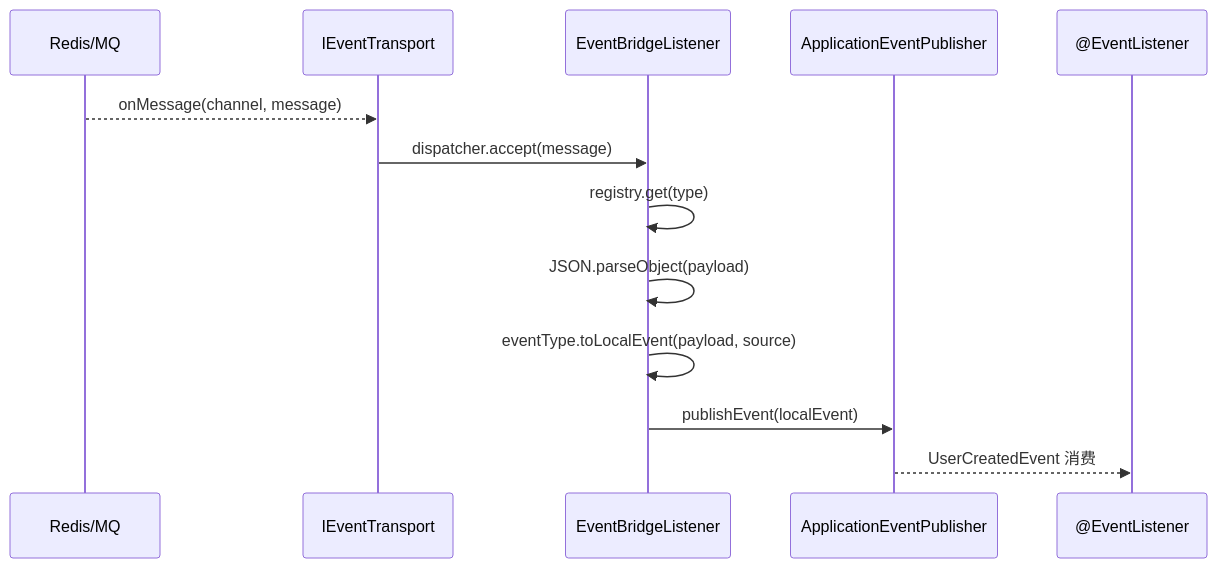
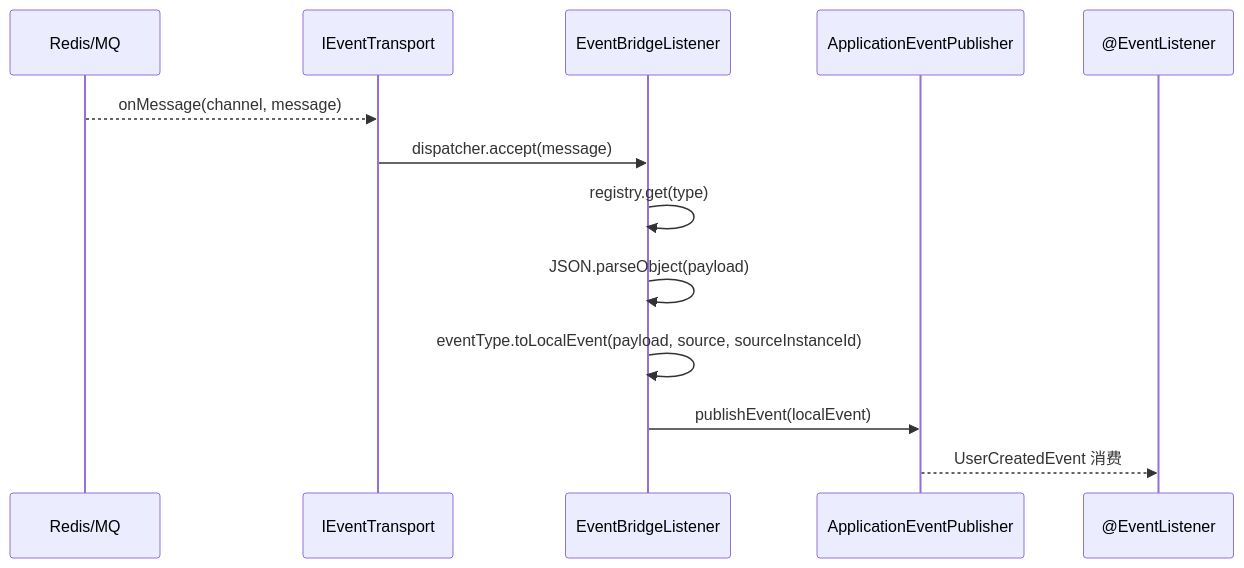
One commit to douhao4648/frame-me-parent changed the third of 6 diagrams in docs/guides/event-bridge.md. Above: the diagram before and after it, drawn with Mermaid. The commit also changed other lines of this file and 20 other files, not shown here.

````diff
--- a/docs/guides/event-bridge.md
+++ b/docs/guides/event-bridge.md
@@ -80,16 +80,16 @@
 ```mermaid
 sequenceDiagram
     participant Channel as Redis/MQ
     participant Transport as IEventTransport
     participant Listener as EventBridgeListener
     participant Local as ApplicationEventPublisher
     participant Handler as @EventListener
 
     Channel-->>Transport: onMessage(channel, message)
     Transport->>Listener: dispatcher.accept(message)
     Listener->>Listener: registry.get(type)
     Listener->>Listener: JSON.parseObject(payload)
-    Listener->>Listener: eventType.toLocalEvent(payload, source)
+    Listener->>Listener: eventType.toLocalEvent(payload, source, sourceInstanceId)
     Listener->>Local: publishEvent(localEvent)
     Local-->>Handler: UserCreatedEvent 消费
 ```
````
